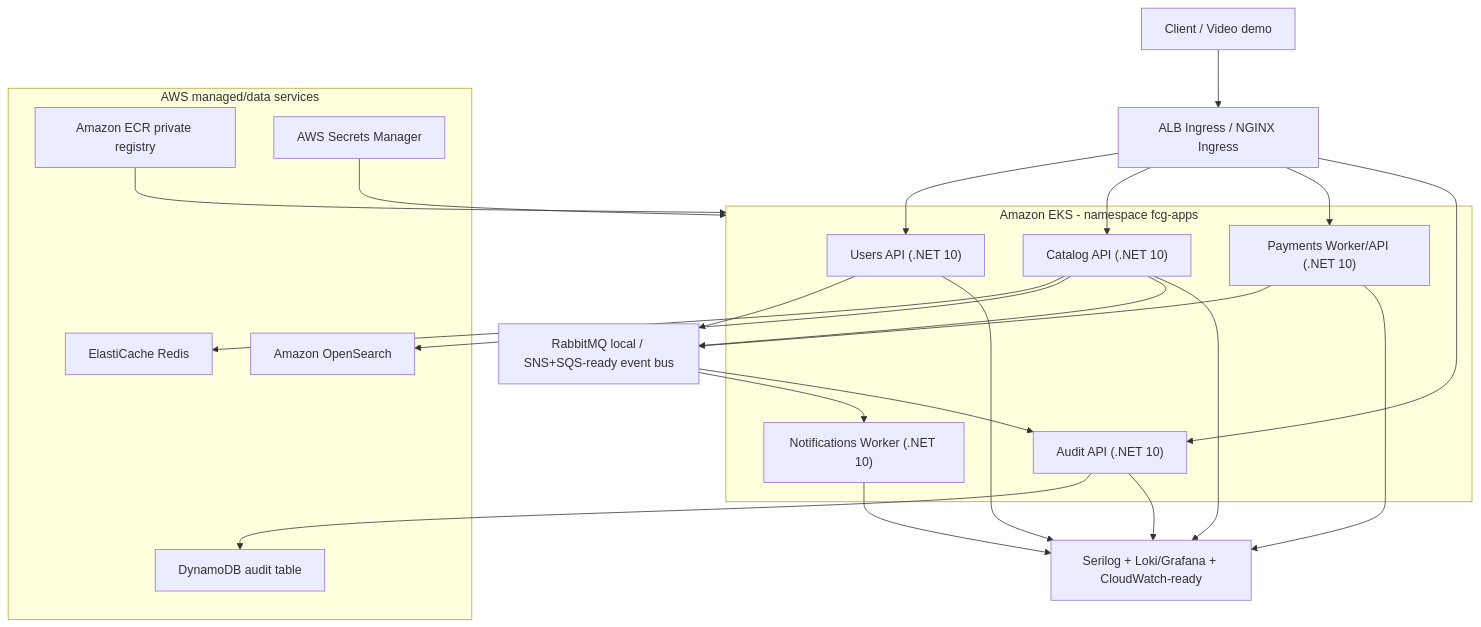
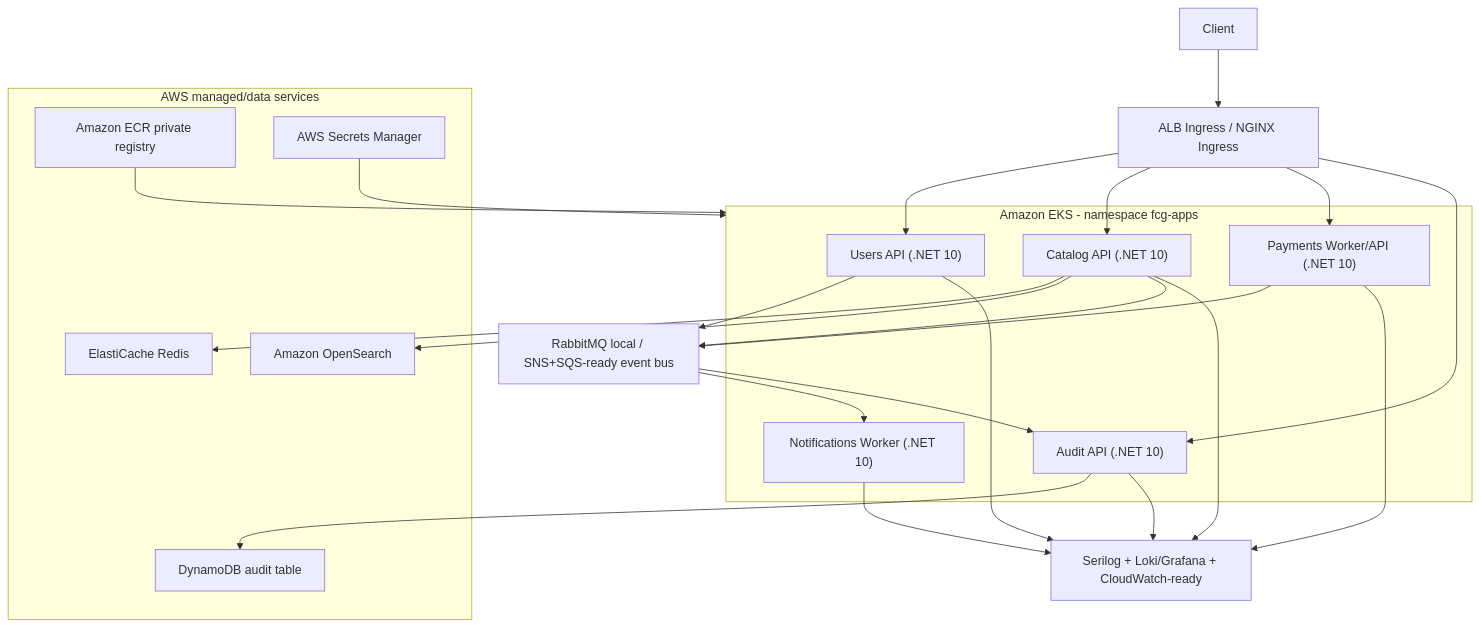
One commit to louresb/cloud-games-fase-4-orchestration-aws changed the diagram in README.md. Above: the diagram before and after it, drawn with Mermaid. The commit also changed other lines of this file and 5 other files, not shown here.

````diff
--- a/README.md
+++ b/README.md
@@ -9,44 +9,44 @@
 ```mermaid
 flowchart TB
-    Client["Client / Video demo"] --> Ingress["ALB Ingress / NGINX Ingress"]
+    Client["Client"] --> Ingress["ALB Ingress / NGINX Ingress"]
 
     subgraph EKS["Amazon EKS - namespace fcg-apps"]
         Users["Users API (.NET 10)"]
         Catalog["Catalog API (.NET 10)"]
         Payments["Payments Worker/API (.NET 10)"]
         Notifications["Notifications Worker (.NET 10)"]
         Audit["Audit API (.NET 10)"]
     end
 
     subgraph Data["AWS managed/data services"]
         ECR["Amazon ECR private registry"]
         Redis["ElastiCache Redis"]
         OpenSearch["Amazon OpenSearch"]
         DynamoDB["DynamoDB audit table"]
         Secrets["AWS Secrets Manager"]
     end
 
     Broker["RabbitMQ local / SNS+SQS-ready event bus"]
     Logs["Serilog + Loki/Grafana + CloudWatch-ready"]
 
     Ingress --> Users
     Ingress --> Catalog
     Ingress --> Payments
     Ingress --> Audit
 
     Catalog --> Redis
     Catalog --> OpenSearch
     Users --> Broker
     Catalog --> Broker
     Payments --> Broker
     Broker --> Notifications
     Broker --> Audit
     Audit --> DynamoDB
     Secrets --> EKS
     Users --> Logs
     Catalog --> Logs
     Payments --> Logs
     Notifications --> Logs
     Audit --> Logs
     ECR --> EKS
 ```
````
